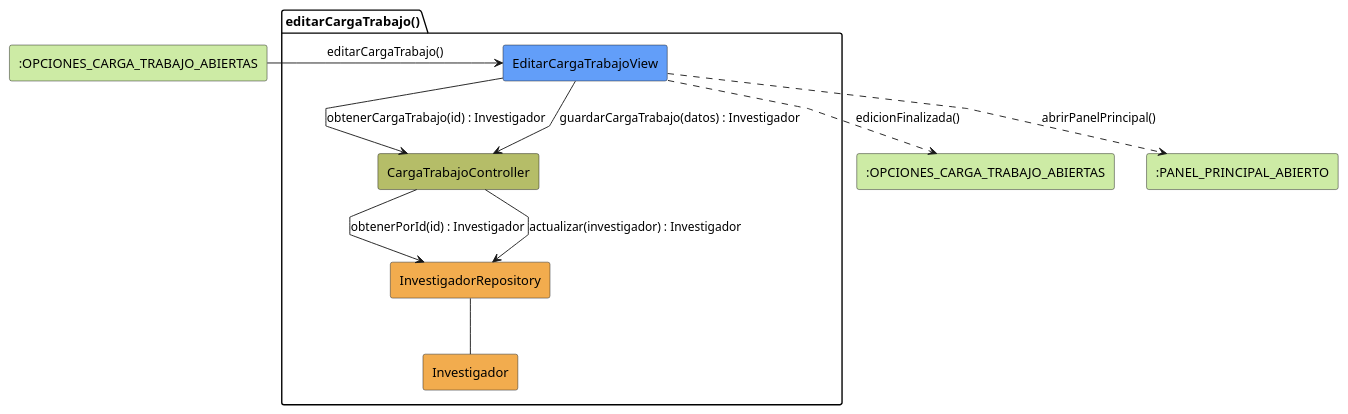
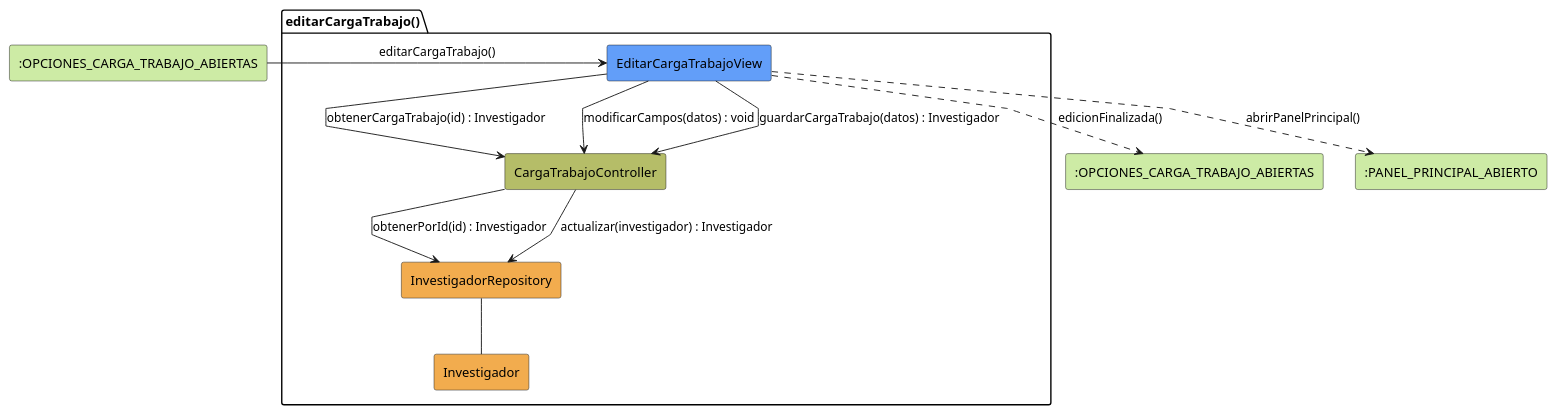
One commit to 31Diego/25-26-idsw2-sdVC changed the diagram in modelosUML/analisis/coordinador/editarCargaTrabajo.puml. Above: the diagram before and after it, drawn with PlantUML. The commit also changed 193 other files, not shown here.

```diff
--- a/modelosUML/analisis/coordinador/editarCargaTrabajo.puml
+++ b/modelosUML/analisis/coordinador/editarCargaTrabajo.puml
@@ -1,31 +1,33 @@
 @startuml editarCargaTrabajo-analisis
 skinparam linetype polyline
 
 rectangle #CDEBA5 ":OPCIONES_CARGA_TRABAJO_ABIERTAS" as CargaTrabajoAbierta
 
 package editarCargaTrabajo as "editarCargaTrabajo()" {
     rectangle #629EF9 EditarCargaTrabajoView
     rectangle #b5bd68 CargaTrabajoController
     rectangle #F2AC4E InvestigadorRepository
     rectangle #F2AC4E Investigador
 }
 
 rectangle #CDEBA5 ":OPCIONES_CARGA_TRABAJO_ABIERTAS" as CargaTrabajoSalida
 rectangle #CDEBA5 ":PANEL_PRINCIPAL_ABIERTO" as PanelSalida
 
 CargaTrabajoAbierta -r-> EditarCargaTrabajoView: editarCargaTrabajo()
 
 EditarCargaTrabajoView -d-> CargaTrabajoController: obtenerCargaTrabajo(id) : Investigador
 
 CargaTrabajoController --> InvestigadorRepository: obtenerPorId(id) : Investigador
 
 InvestigadorRepository -- Investigador
 
+EditarCargaTrabajoView --> CargaTrabajoController: modificarCampos(datos) : void
+
 EditarCargaTrabajoView --> CargaTrabajoController: guardarCargaTrabajo(datos) : Investigador
 
 CargaTrabajoController --> InvestigadorRepository: actualizar(investigador) : Investigador
 
 EditarCargaTrabajoView ..> CargaTrabajoSalida: edicionFinalizada()
 EditarCargaTrabajoView ..> PanelSalida: abrirPanelPrincipal()
 
 @enduml
```
